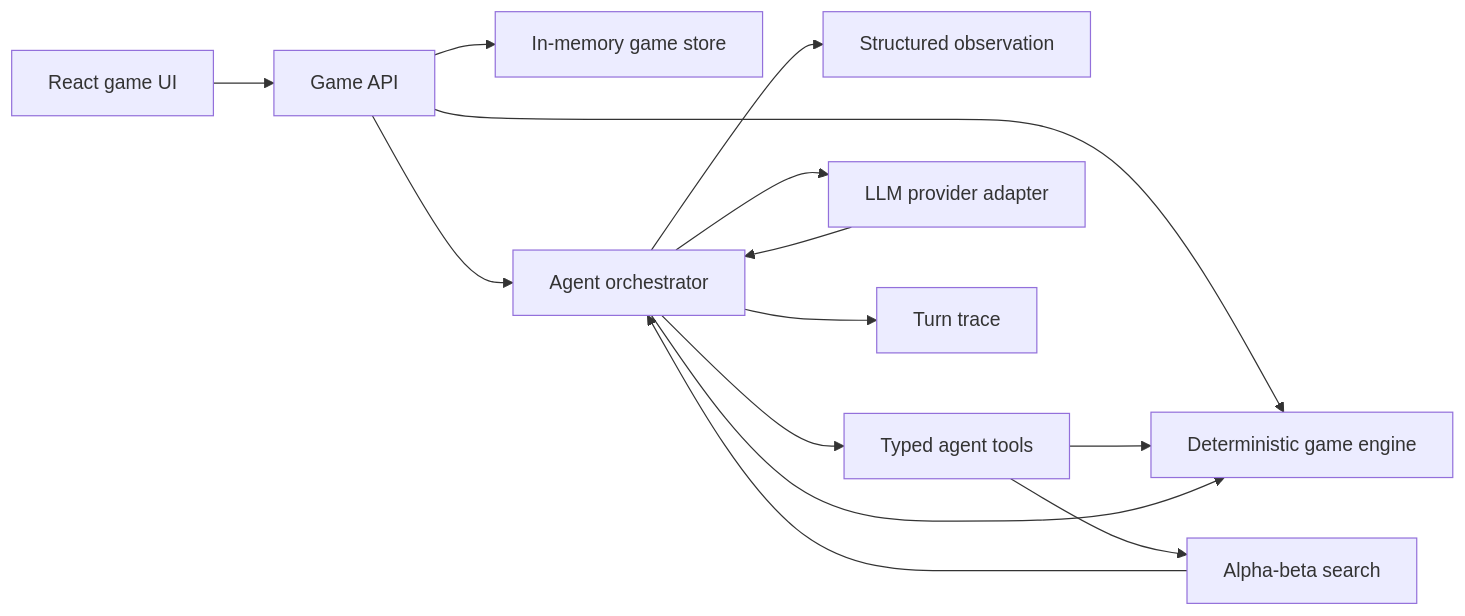
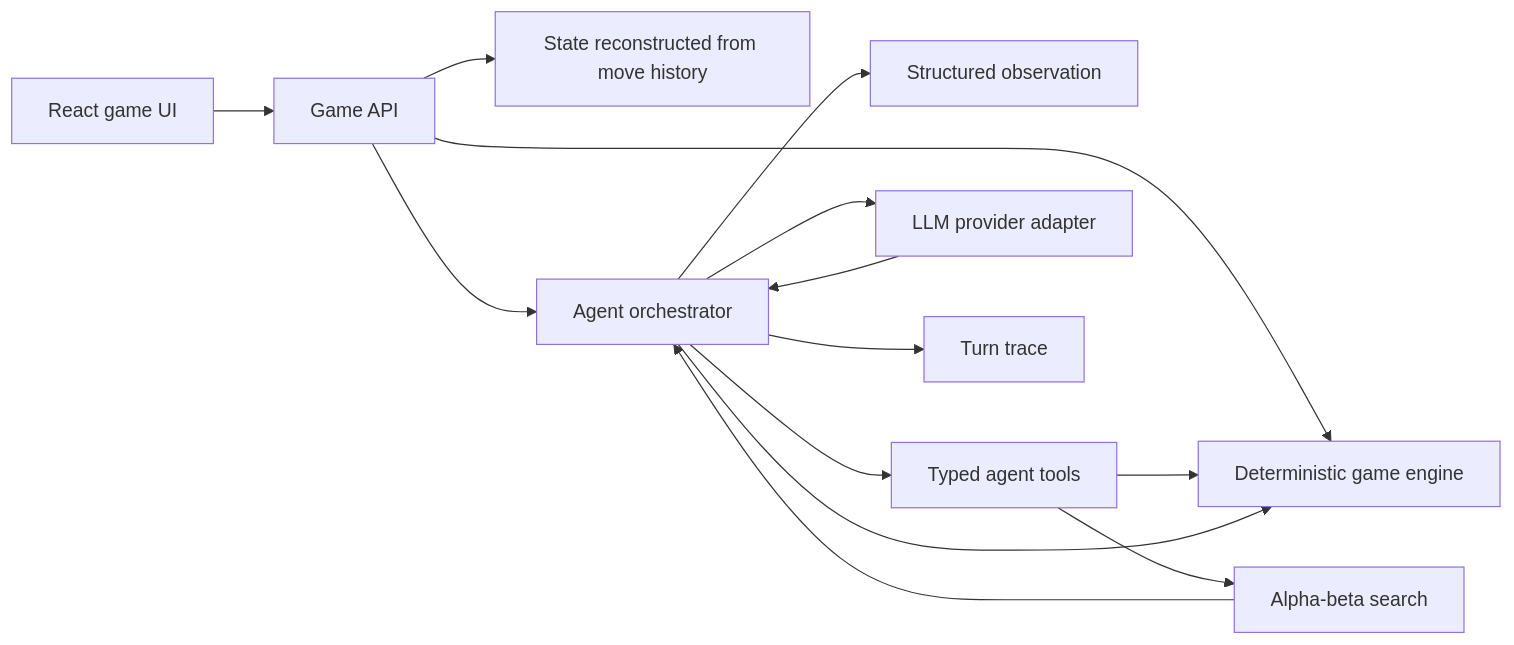
Before and after one commit to xsachax/netic-onsite: the diagram in ROADMAP.md, drawn with Mermaid. The commit also changed other lines of this file and 34 other files, not shown here.

````diff
--- a/ROADMAP.md
+++ b/ROADMAP.md
@@ -59,16 +60,16 @@
 ```mermaid
 flowchart LR
     UI[React game UI] --> API[Game API]
-    API --> STORE[In-memory game store]
+    API --> REPLAY[State reconstructed from move history]
     API --> ENGINE[Deterministic game engine]
     API --> ORCH[Agent orchestrator]
     ORCH --> OBS[Structured observation]
     ORCH --> TOOLS[Typed agent tools]
     TOOLS --> SEARCH[Alpha-beta search]
     TOOLS --> ENGINE
     ORCH --> LLM[LLM provider adapter]
     ORCH --> TRACE[Turn trace]
     LLM --> ORCH
     SEARCH --> ORCH
     ORCH --> ENGINE
 ```
````
